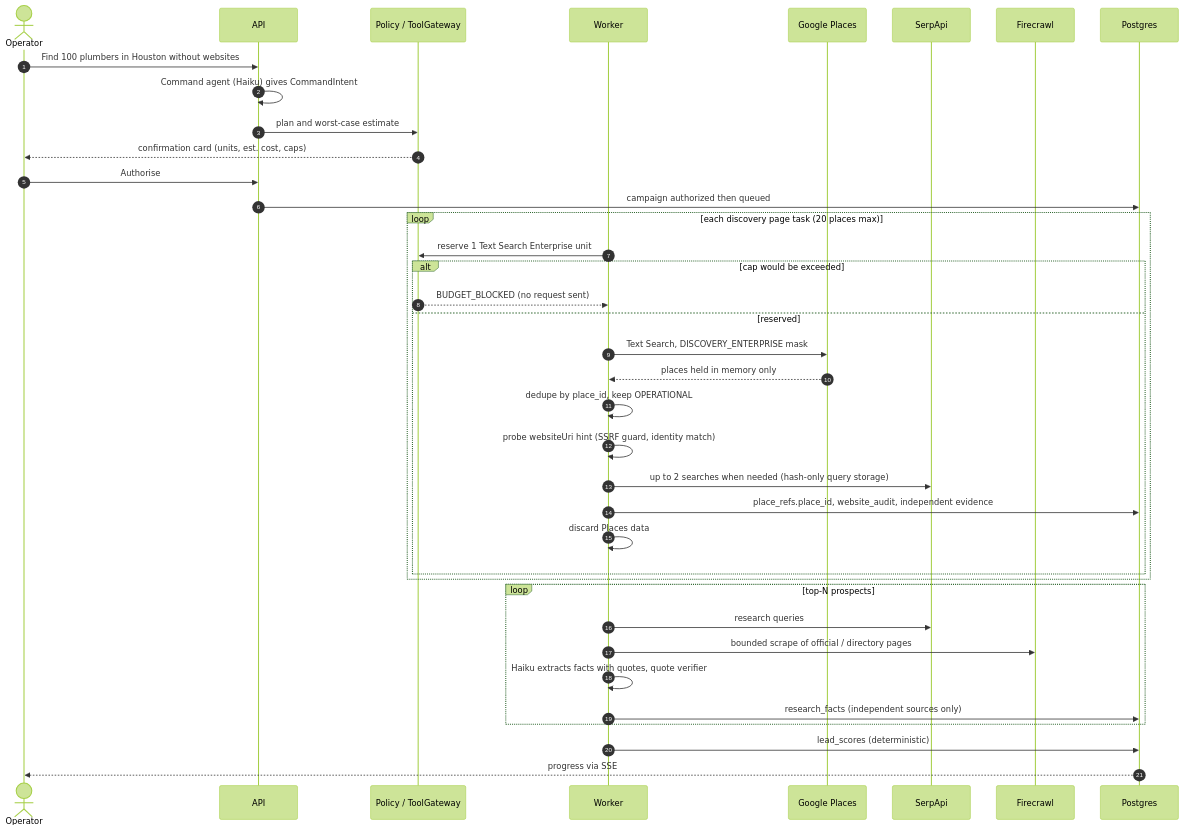
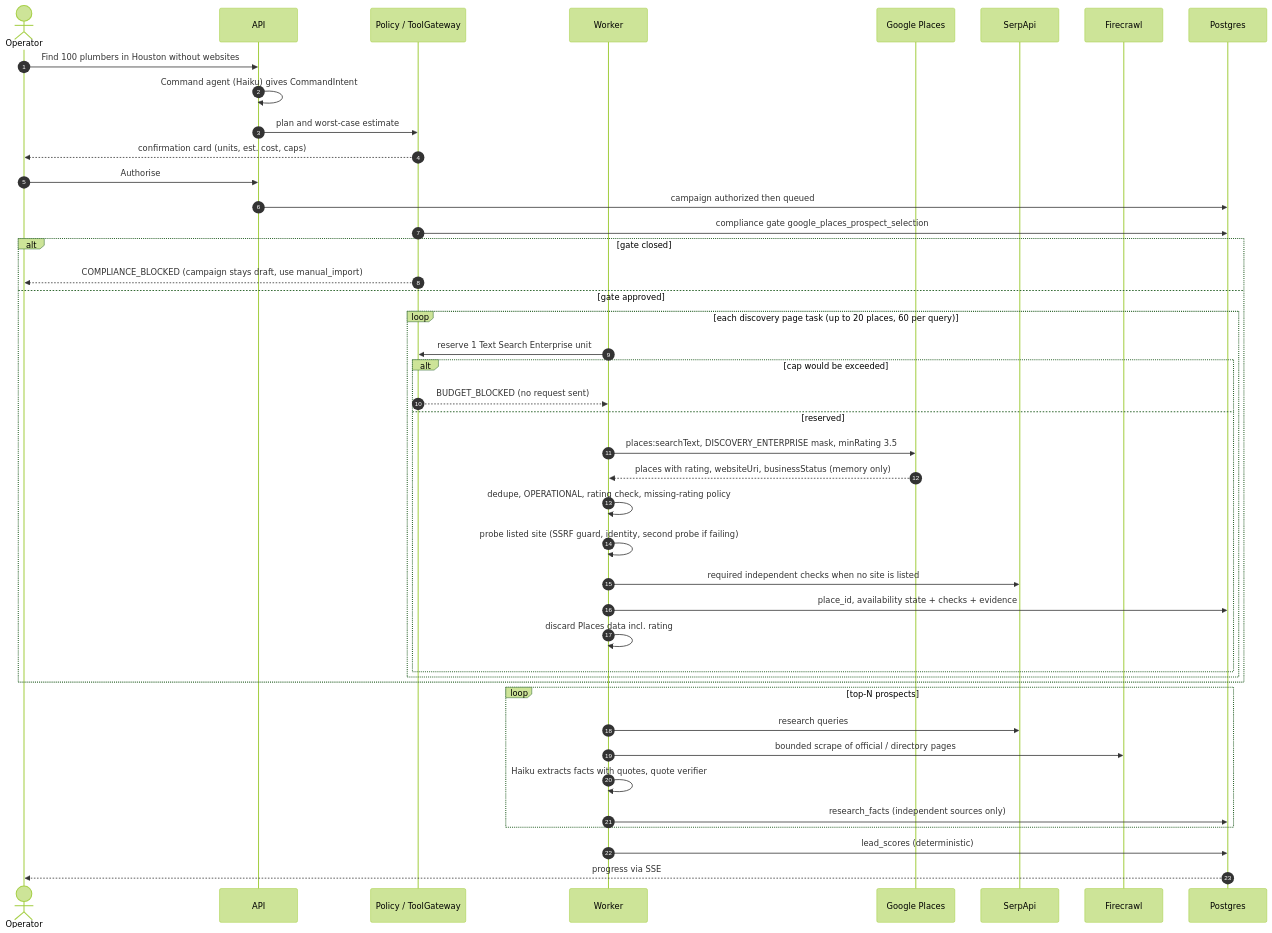
Before and after one commit to Hammadthepro/Jarvis-AI-Agency-Agent: the third of 6 diagrams in docs/SYSTEM_DIAGRAM.md, drawn with Mermaid (forest theme). The commit also changed other lines of this file and 12 other files, not shown here.

First line of the commit message:
Revise architecture documents (revision 3)

````diff
--- a/docs/SYSTEM_DIAGRAM.md
+++ b/docs/SYSTEM_DIAGRAM.md
@@ -101,41 +103,46 @@
 ```mermaid
 sequenceDiagram
   autonumber
   actor Op as Operator
   participant API
   participant Pol as Policy / ToolGateway
   participant Wk as Worker
   participant GP as Google Places
   participant SE as SerpApi
   participant FC as Firecrawl
   participant DB as Postgres
 
   Op->>API: Find 100 plumbers in Houston without websites
   API->>API: Command agent (Haiku) gives CommandIntent
   API->>Pol: plan and worst-case estimate
   Pol-->>Op: confirmation card (units, est. cost, caps)
   Op->>API: Authorise
   API->>DB: campaign authorized then queued
-  loop each discovery page task (20 places max)
+  Pol->>DB: compliance gate google_places_prospect_selection
+  alt gate closed
+    Pol-->>Op: COMPLIANCE_BLOCKED (campaign stays draft, use manual_import)
+  else gate approved
+  loop each discovery page task (up to 20 places, 60 per query)
     Wk->>Pol: reserve 1 Text Search Enterprise unit
     alt cap would be exceeded
       Pol-->>Wk: BUDGET_BLOCKED (no request sent)
     else reserved
-      Wk->>GP: Text Search, DISCOVERY_ENTERPRISE mask
-      GP-->>Wk: places held in memory only
-      Wk->>Wk: dedupe by place_id, keep OPERATIONAL
-      Wk->>Wk: probe websiteUri hint (SSRF guard, identity match)
-      Wk->>SE: up to 2 searches when needed (hash-only query storage)
-      Wk->>DB: place_refs.place_id, website_audit, independent evidence
-      Wk->>Wk: discard Places data
+      Wk->>GP: places:searchText, DISCOVERY_ENTERPRISE mask, minRating 3.5
+      GP-->>Wk: places with rating, websiteUri, businessStatus (memory only)
+      Wk->>Wk: dedupe, OPERATIONAL, rating check, missing-rating policy
+      Wk->>Wk: probe listed site (SSRF guard, identity, second probe if failing)
+      Wk->>SE: required independent checks when no site is listed
+      Wk->>DB: place_id, availability state + checks + evidence
+      Wk->>Wk: discard Places data incl. rating
     end
+  end
   end
   loop top-N prospects
     Wk->>SE: research queries
     Wk->>FC: bounded scrape of official / directory pages
     Wk->>Wk: Haiku extracts facts with quotes, quote verifier
     Wk->>DB: research_facts (independent sources only)
   end
   Wk->>DB: lead_scores (deterministic)
   DB-->>Op: progress via SSE
 ```
````
